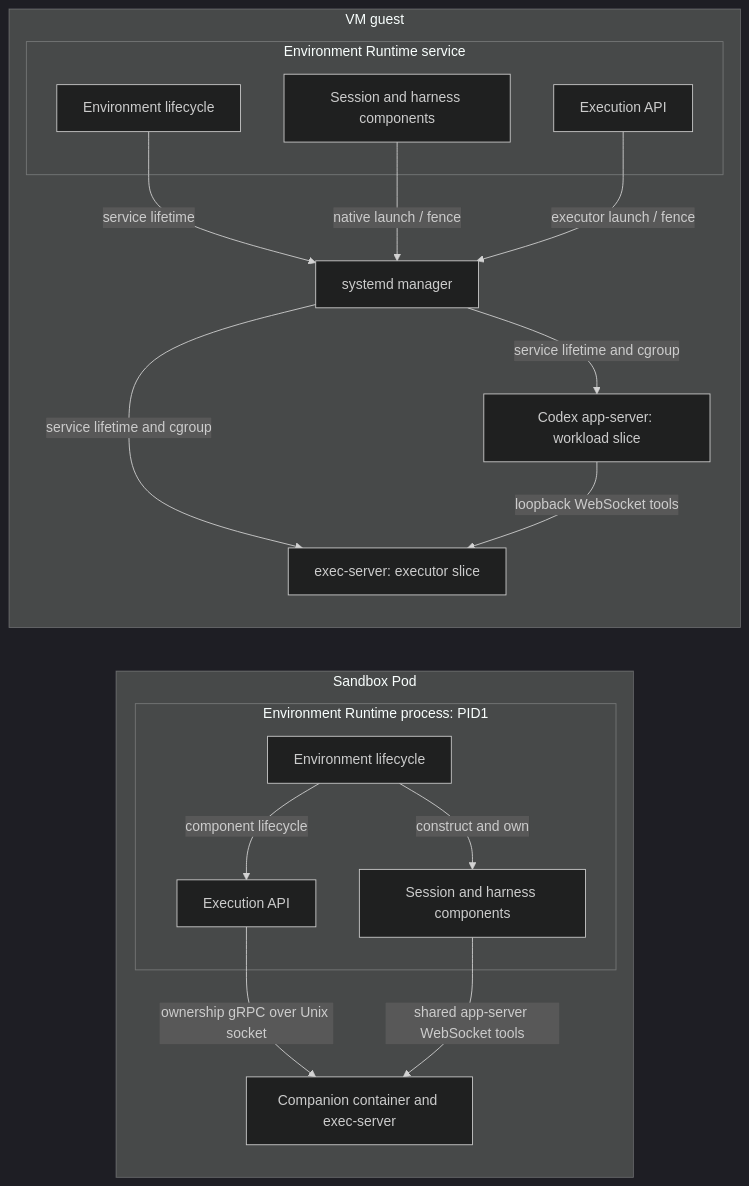
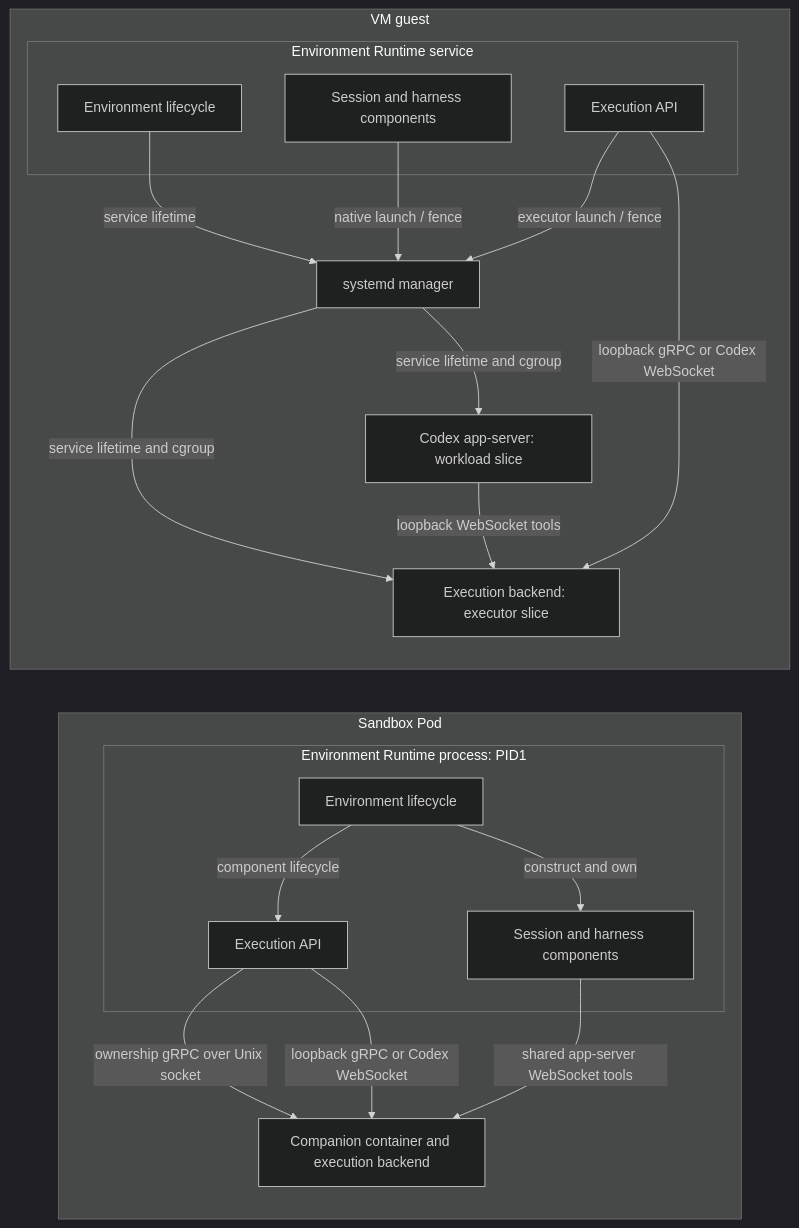
One commit to agentydragon/ducktape changed the eighth of 18 diagrams in agentplane/docs/system_overview.md. Above: the diagram before and after it, drawn with Mermaid (dark theme). The commit also changed other lines of this file and 79 other files, not shown here.

First line of the commit message:
Add native execution backend with selectable Codex fallback (#18287)

````diff
--- a/agentplane/docs/system_overview.md
+++ b/agentplane/docs/system_overview.md
@@ -532,31 +533,33 @@
 ```mermaid
 flowchart LR
     subgraph pod[Sandbox Pod]
         subgraph pod_runtime[Environment Runtime process: PID1]
           runtime[Environment lifecycle]
           host[Session and harness components]
           execution[Execution API]
         end
-        exec[Companion container and exec-server]
+        exec[Companion container and execution backend]
         runtime -->|construct and own| host
         runtime -->|component lifecycle| execution
         execution -->|ownership gRPC over Unix socket| exec
+        execution -->|loopback gRPC or Codex WebSocket| exec
         host -->|shared app-server WebSocket tools| exec
     end
     subgraph vm[VM guest]
         subgraph vm_runtime[Environment Runtime service]
           vmruntime[Environment lifecycle]
           vmhost[Session and harness components]
           vmexecution[Execution API]
         end
         manager[systemd manager]
         harness[Codex app-server: workload slice]
-        vmexec[exec-server: executor slice]
+        vmexec[Execution backend: executor slice]
         vmruntime -->|service lifetime| manager
         vmhost -->|native launch / fence| manager
         vmexecution -->|executor launch / fence| manager
         manager -->|service lifetime and cgroup| vmexec
+        vmexecution -->|loopback gRPC or Codex WebSocket| vmexec
         manager -->|service lifetime and cgroup| harness
         harness -->|loopback WebSocket tools| vmexec
     end
 ```
````
